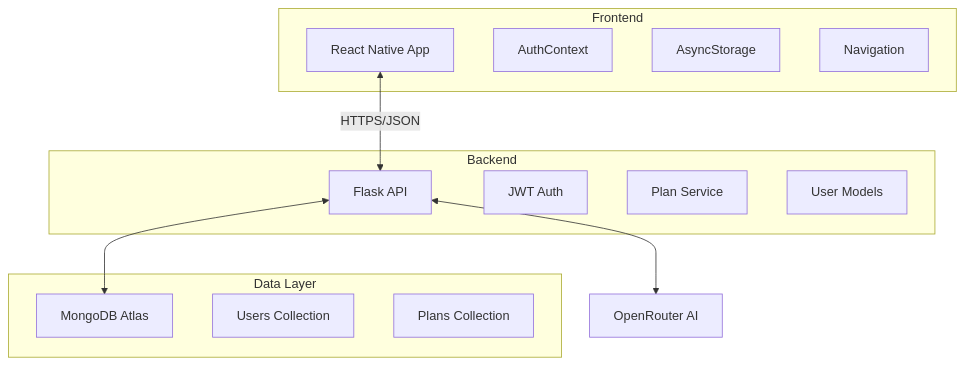
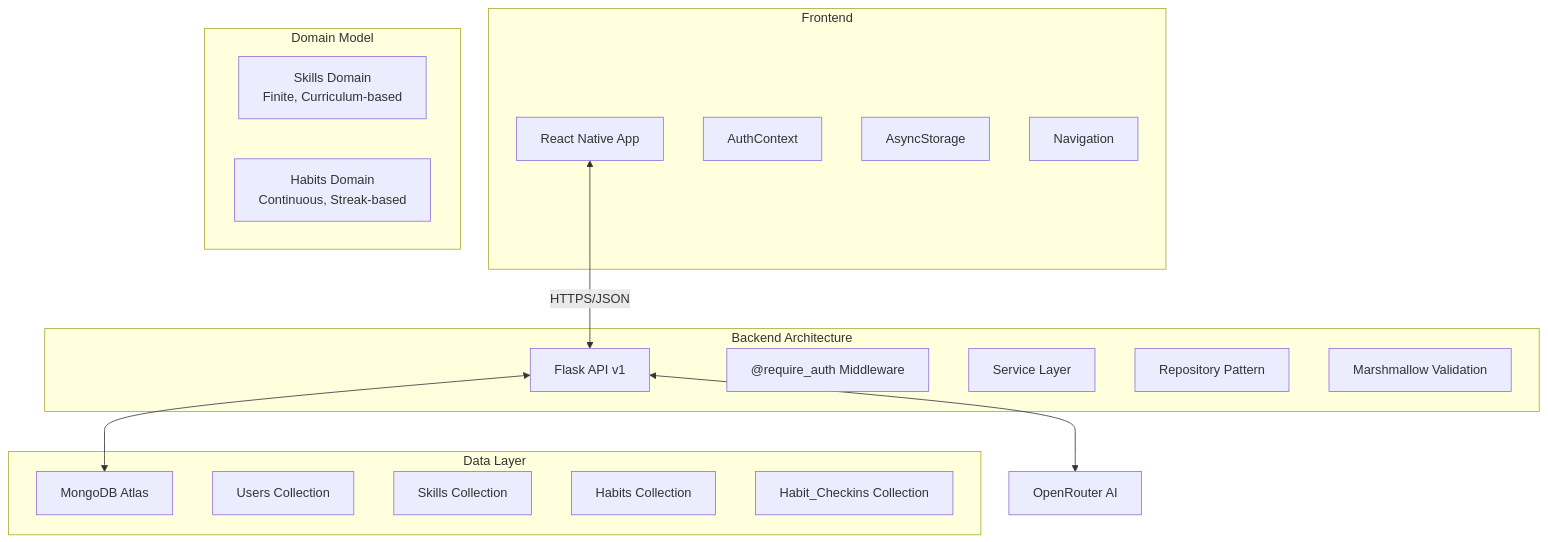
One commit to ZayK1/Orbital-TeamYiZ changed the first of 3 diagrams in Developer's Guide.md. Above: the diagram before and after it, drawn with Mermaid. The commit also changed other lines of this file and 13 other files, not shown here.

Commit message:
feat: implement service and repository architecture for Skills and Habits, enhancing database interactions and introducing async support for improved performance and scalability

````diff
--- a/Developer's Guide.md
+++ b/Developer's Guide.md
@@ -179,48 +143,34 @@
 ```mermaid
-
 graph TB
-
-A[React Native App] <-->|HTTPS/JSON| B[Flask API]
-
+A[React Native App] <-->|HTTPS/JSON| B[Flask API v1]
 B <--> C[MongoDB Atlas]
-
 B <--> D[OpenRouter AI]
 
-
 subgraph "Frontend"
-
 A
-
 A1[AuthContext]
-
 A2[AsyncStorage]
-
 A3[Navigation]
-
 end
 
-
-subgraph "Backend"
-
+subgraph "Backend Architecture"
 B
-
-B1[JWT Auth]
-
-B2[Plan Service]
-
-B3[User Models]
-
+B1["@require_auth Middleware"]
+B2[Service Layer]
+B3[Repository Pattern]
+B4[Marshmallow Validation]
 end
 
-
 subgraph "Data Layer"
-
 C
-
 C1[Users Collection]
-
-C2[Plans Collection]
-
+C2[Skills Collection]
+C3[Habits Collection]
+C4[Habit_Checkins Collection]
 end
 
+subgraph "Domain Model"
+E[Skills Domain<br/>Finite, Curriculum-based]
+F[Habits Domain<br/>Continuous, Streak-based]
+end
 ```
````
